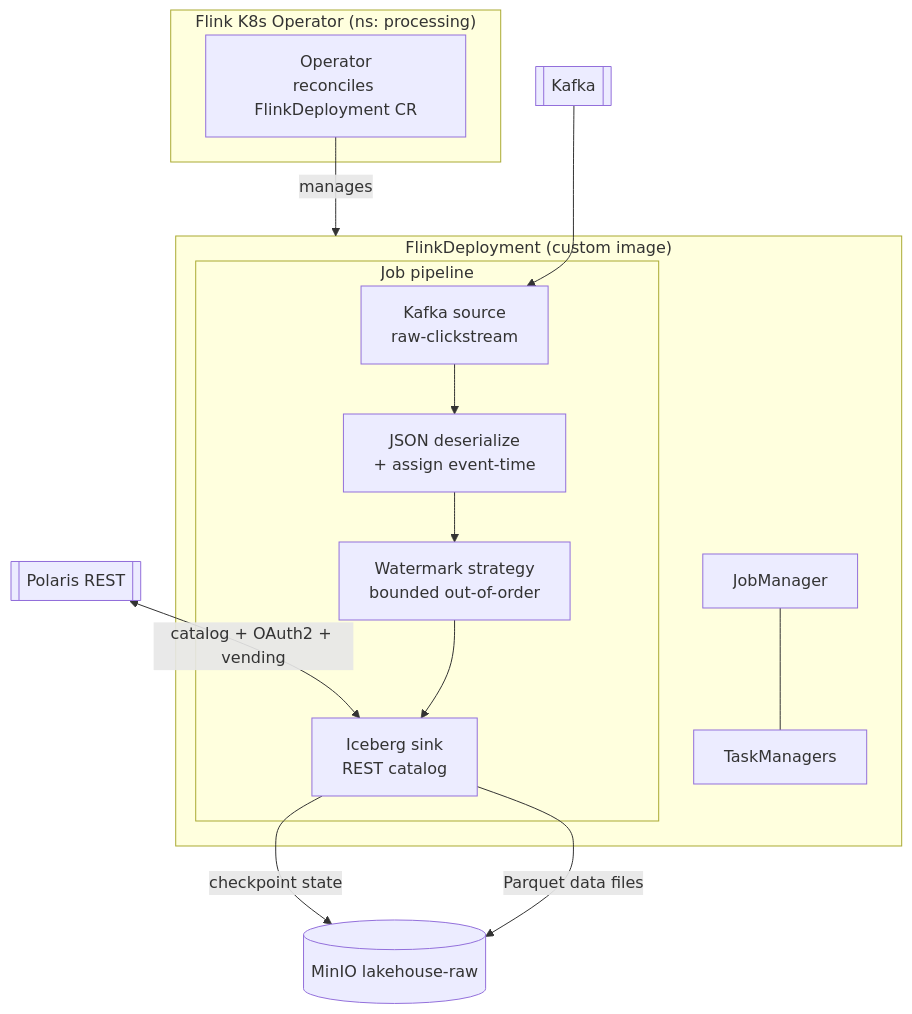
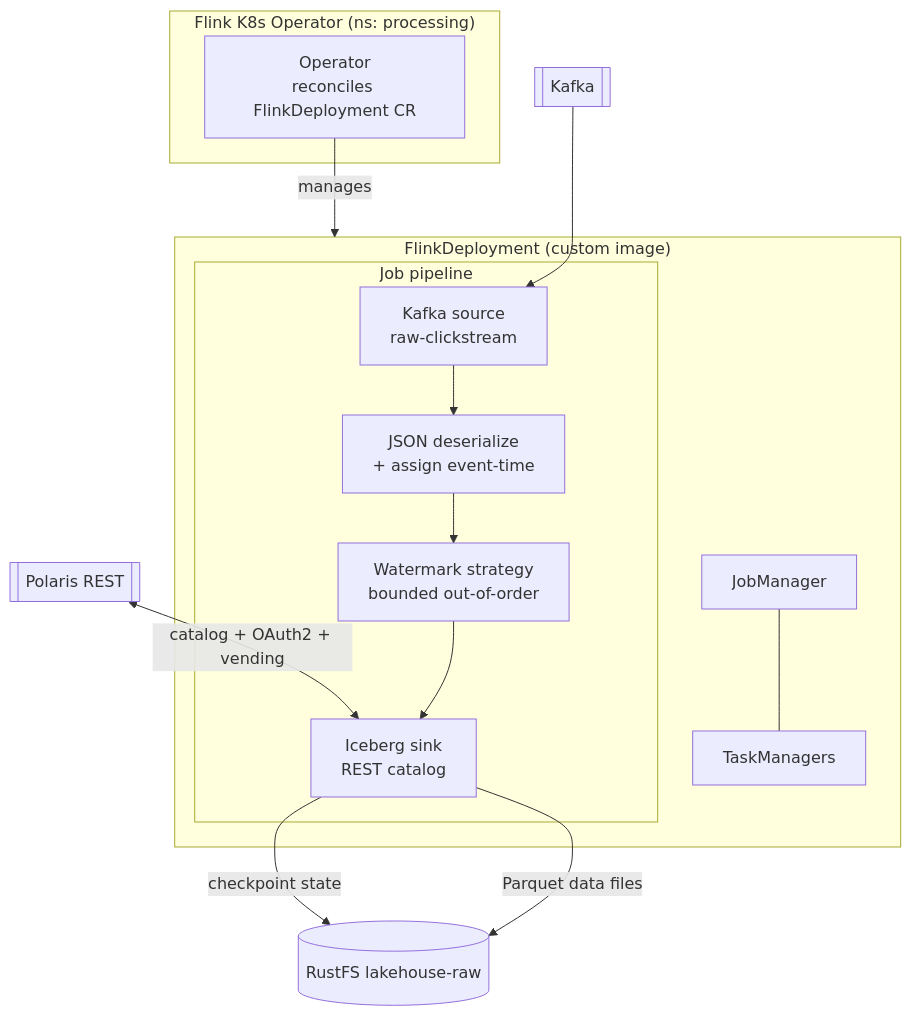
The first of 3 diagrams in docs/tech/lld/04-stream-processing.md (christiannarbon/open-iceberg-stack), drawn with Mermaid before and after one commit. The commit also changed other lines of this file, not shown here.

Commit message:
replace stream processor to push writes into rustfs

````diff
--- a/docs/tech/lld/04-stream-processing.md
+++ b/docs/tech/lld/04-stream-processing.md
@@ -15,24 +15,24 @@
 ```mermaid
 flowchart TB
     subgraph op["Flink K8s Operator (ns: processing)"]
         operator[Operator<br/>reconciles FlinkDeployment CR]
     end
     subgraph fd["FlinkDeployment (custom image)"]
         jm[JobManager]
         tm[TaskManagers]
         subgraph job["Job pipeline"]
             src[Kafka source<br/>raw-clickstream]
             deser[JSON deserialize<br/>+ assign event-time]
             water[Watermark strategy<br/>bounded out-of-order]
             isink[Iceberg sink<br/>REST catalog]
             src --> deser --> water --> isink
         end
         jm --- tm
     end
     operator -->|manages| fd
     kafka[[Kafka]] --> src
     polaris[[Polaris REST]] <-->|catalog + OAuth2 + vending| isink
-    minio[(MinIO lakehouse-raw)]
-    isink -->|Parquet data files| minio
-    isink -->|checkpoint state| minio
+    rustfs[(RustFS lakehouse-raw)]
+    isink -->|Parquet data files| rustfs
+    isink -->|checkpoint state| rustfs
 ```
````
